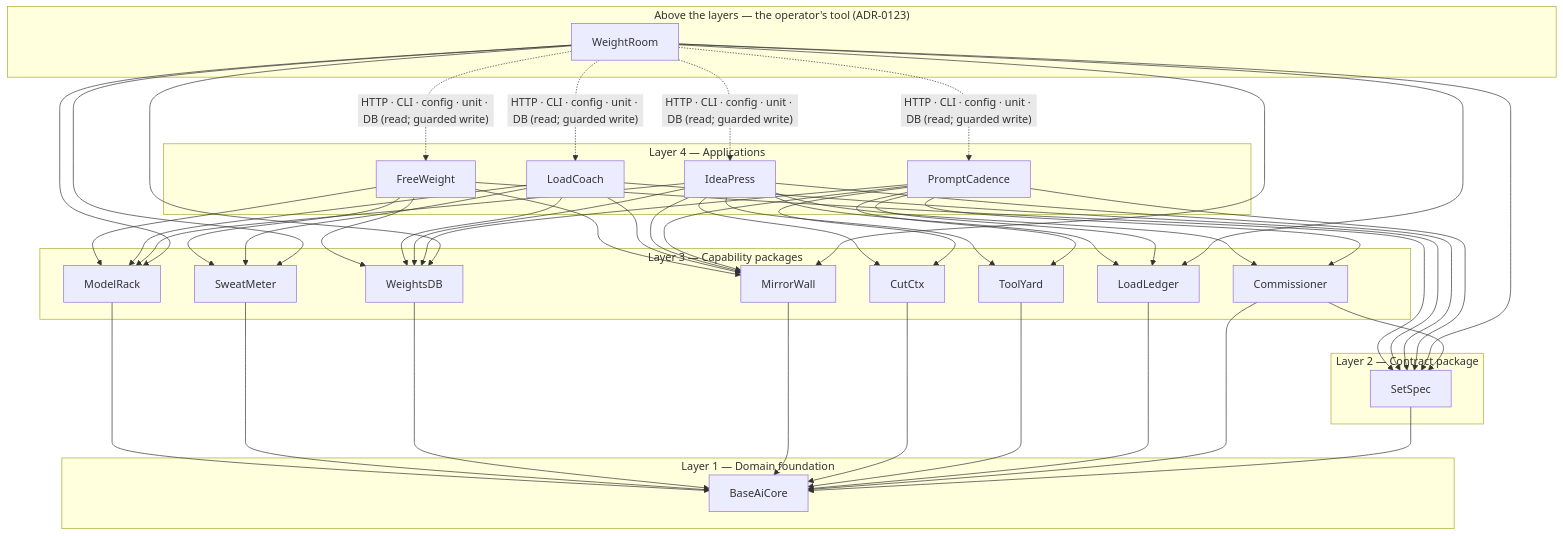
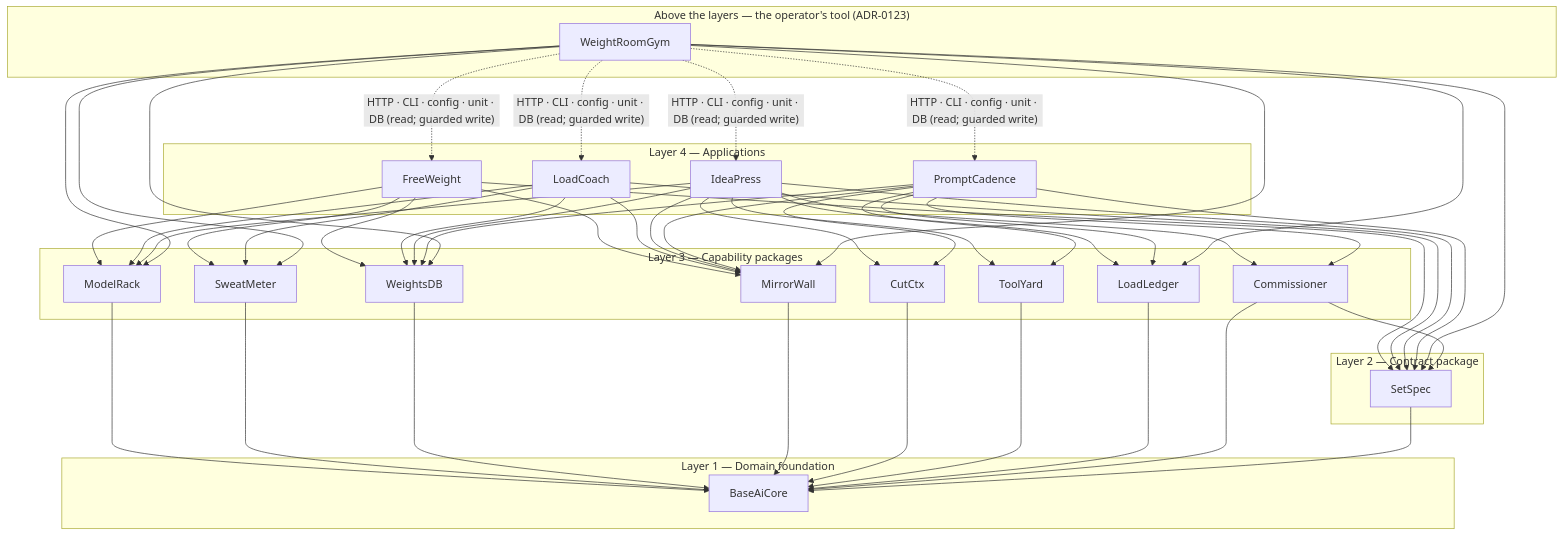
The first of 11 diagrams in docs/architecture/master-architecture.md (JPKell/OpenWeight-Gym), drawn with Mermaid before and after one commit. The commit also changed other lines of this file and 48 other files, not shown here.

First line of the commit message:
chore: the names — product WeightRoomGym, distribution and CLI wr-gym, import weightroom

````diff
--- a/docs/architecture/master-architecture.md
+++ b/docs/architecture/master-architecture.md
@@ -174,45 +175,45 @@
 ```mermaid
 graph TD
     subgraph L4["Layer 4 — Applications"]
         FW[FreeWeight]
         LC[LoadCoach]
         IP[IdeaPress]
         PC[PromptCadence]
     end
     subgraph L5["Above the layers — the operator's tool (ADR-0123)"]
-        WR[WeightRoom]
+        WR[WeightRoomGym]
     end
     subgraph L3["Layer 3 — Capability packages"]
         MR[ModelRack]
         SM[SweatMeter]
         WD[WeightsDB]
         MW[MirrorWall]
         CC[CutCtx]
         TY[ToolYard]
         LL[LoadLedger]
         SC[Commissioner]
     end
     subgraph L2["Layer 2 — Contract package"]
         SS[SetSpec]
     end
     subgraph L1["Layer 1 — Domain foundation"]
         BC[BaseAiCore]
     end
 
     FW --> MR & SM & WD & MW & SS
     LC --> MR & SM & WD & MW & SS
     IP --> MR & WD & MW & SS & CC & LL & SC & TY
     PC --> WD & MW & SS & CC & TY & LL & SC
     WR --> MR & SM & WD & MW & SS & LL
     WR -. "HTTP · CLI · config · unit · DB (read; guarded write)" .-> FW & LC & IP & PC
     MR --> BC
     SM --> BC
     WD --> BC
     MW --> BC
     CC --> BC
     TY --> BC
     LL --> BC
     SC --> BC
     SC --> SS
     SS --> BC
 ```
````
